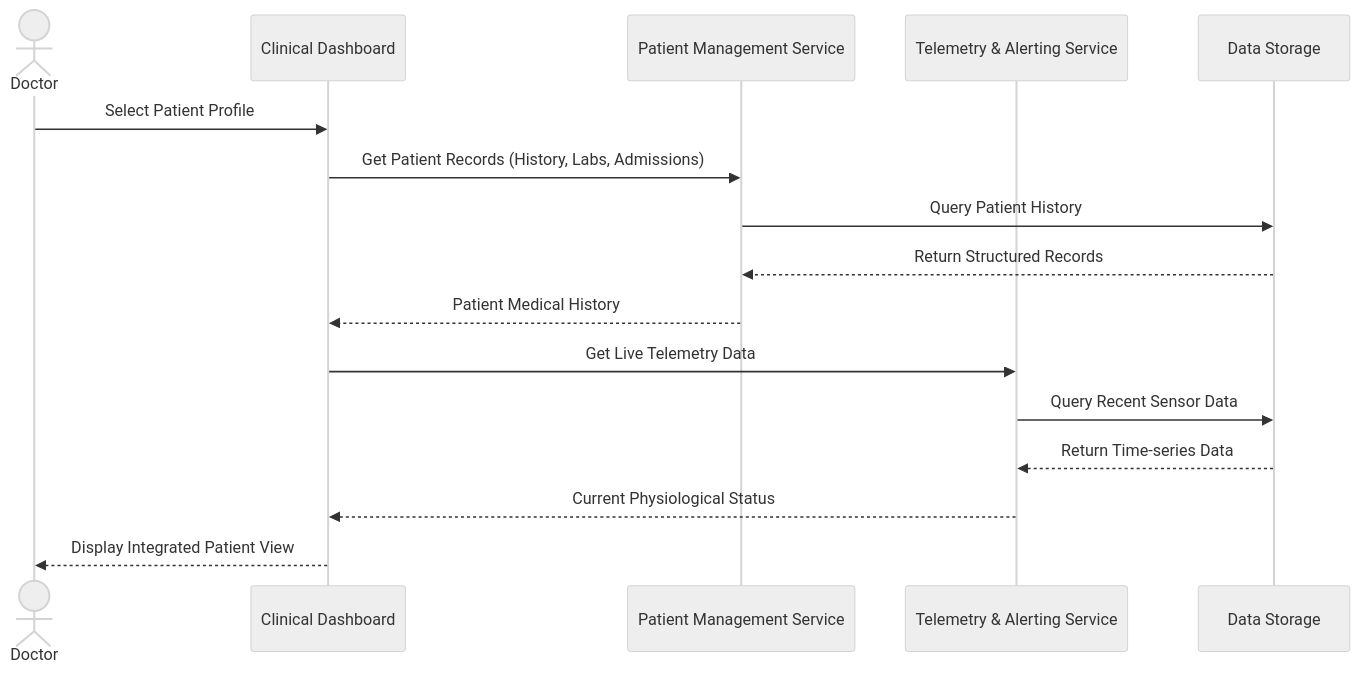
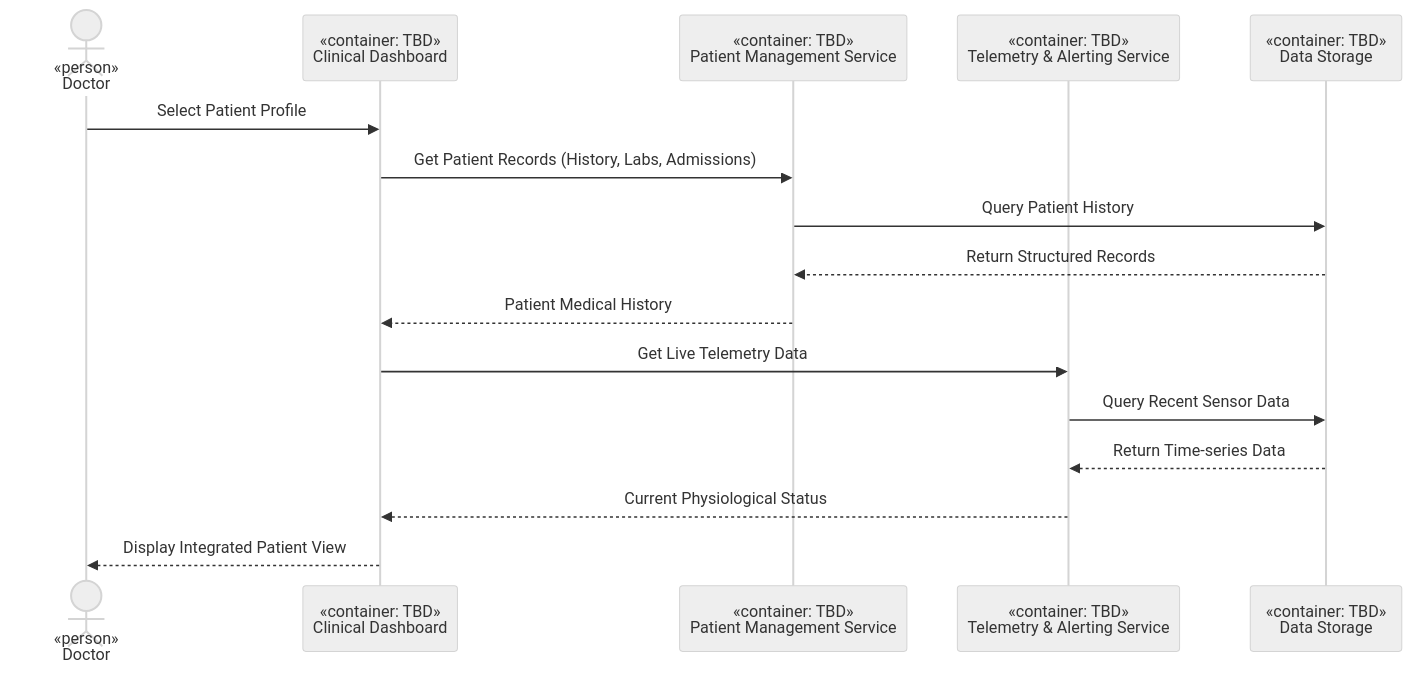
The fourth of 8 diagrams in docs/ard-v2.1.md (iugori/pulse-patrol), drawn with Mermaid (neutral theme) before and after one commit. The commit also changed other lines of this file, not shown here.

````diff
--- a/docs/ard-v2.1.md
+++ b/docs/ard-v2.1.md
@@ -319,20 +320,20 @@
 ```mermaid
 sequenceDiagram
-    actor D as Doctor
-    participant CD as Clinical Dashboard
-    participant PMS as Patient Management Service
-    participant TAS as Telemetry & Alerting Service
-    participant DS as Data Storage
+    actor D as «person»<br/>Doctor<br/>
+    participant CD as «container: TBD»<br/>Clinical Dashboard
+    participant PMS as «container: TBD»<br/>Patient Management Service
+    participant TAS as «container: TBD»<br/>Telemetry & Alerting Service
+    participant DS as «container: TBD»<br/>Data Storage
     D ->> CD: Select Patient Profile
 %% Fetching Medical History
     CD ->> PMS: Get Patient Records (History, Labs, Admissions)
     PMS ->> DS: Query Patient History
     DS -->> PMS: Return Structured Records
     PMS -->> CD: Patient Medical History
 %% Fetching Real-time Status
     CD ->> TAS: Get Live Telemetry Data
     TAS ->> DS: Query Recent Sensor Data
     DS -->> TAS: Return Time-series Data
     TAS -->> CD: Current Physiological Status
     CD -->> D: Display Integrated Patient View
 ```
````
